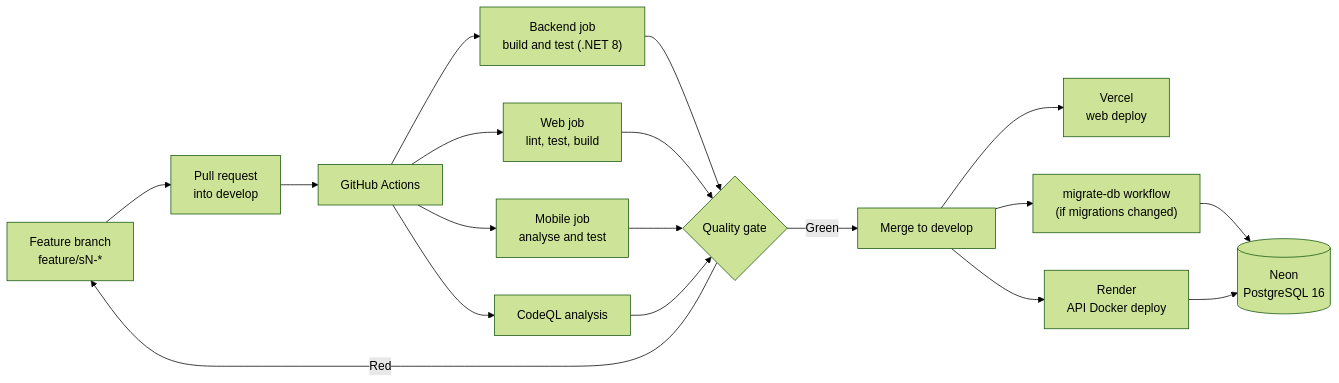
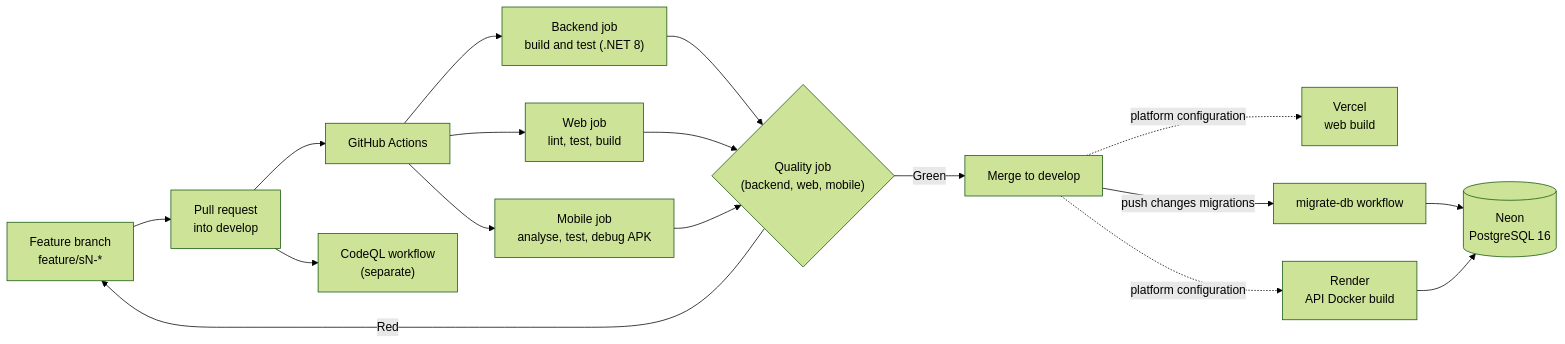
The sixth of 6 diagrams in docs/university/FINAL_REPORT.md (sahansbandara/Family-Veda-SEF-Project), drawn with Mermaid (forest theme) before and after one commit. The commit also changed other lines of this file and 63 other files, not shown here.

First line of the commit message:
docs: complete final report evidence, UML diagrams, ADRs and testing report

````diff
--- a/docs/university/FINAL_REPORT.md
+++ b/docs/university/FINAL_REPORT.md
@@ -1107,20 +1028,19 @@
 ```mermaid
 flowchart LR
     A["Feature branch<br/>feature/sN-*"] --> B["Pull request<br/>into develop"]
     B --> C["GitHub Actions"]
     C --> C1["Backend job<br/>build and test (.NET 8)"]
     C --> C2["Web job<br/>lint, test, build"]
-    C --> C3["Mobile job<br/>analyse and test"]
-    C --> C5["CodeQL analysis"]
-    C1 --> C4{"Quality gate"}
+    C --> C3["Mobile job<br/>analyse, test, debug APK"]
+    B --> C5["CodeQL workflow<br/>(separate)"]
+    C1 --> C4{"Quality job<br/>(backend, web, mobile)"}
     C2 --> C4
     C3 --> C4
-    C5 --> C4
     C4 -->|"Green"| D["Merge to develop"]
     C4 -->|"Red"| A
-    D --> V["Vercel<br/>web deploy"]
-    D --> R["Render<br/>API Docker deploy"]
-    D --> M["migrate-db workflow<br/>(if migrations changed)"]
+    D -.->|"platform configuration"| V["Vercel<br/>web build"]
+    D -.->|"platform configuration"| R["Render<br/>API Docker build"]
+    D -->|"push changes migrations"| M["migrate-db workflow"]
     M --> N[("Neon<br/>PostgreSQL 16")]
     R --> N
 ```
````
